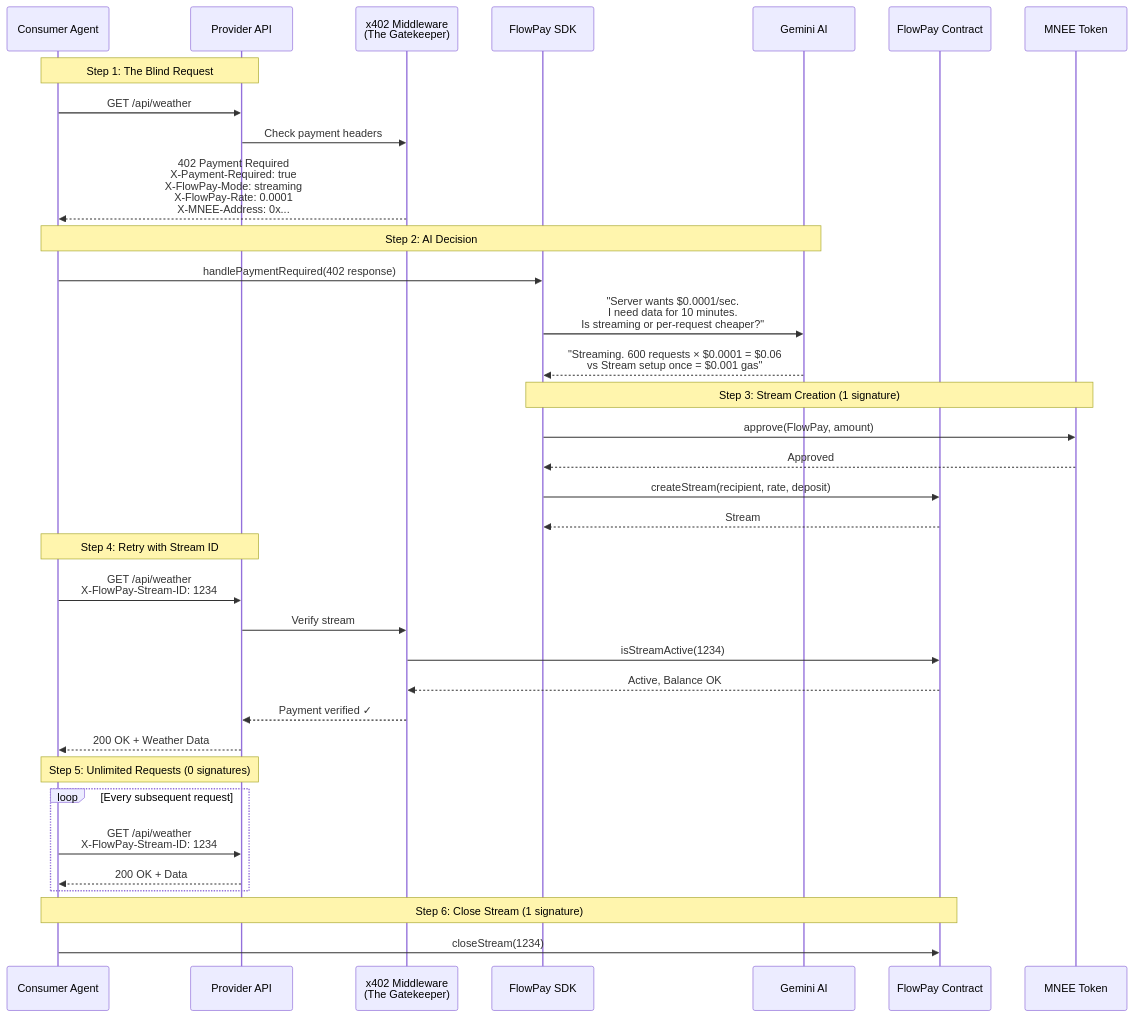
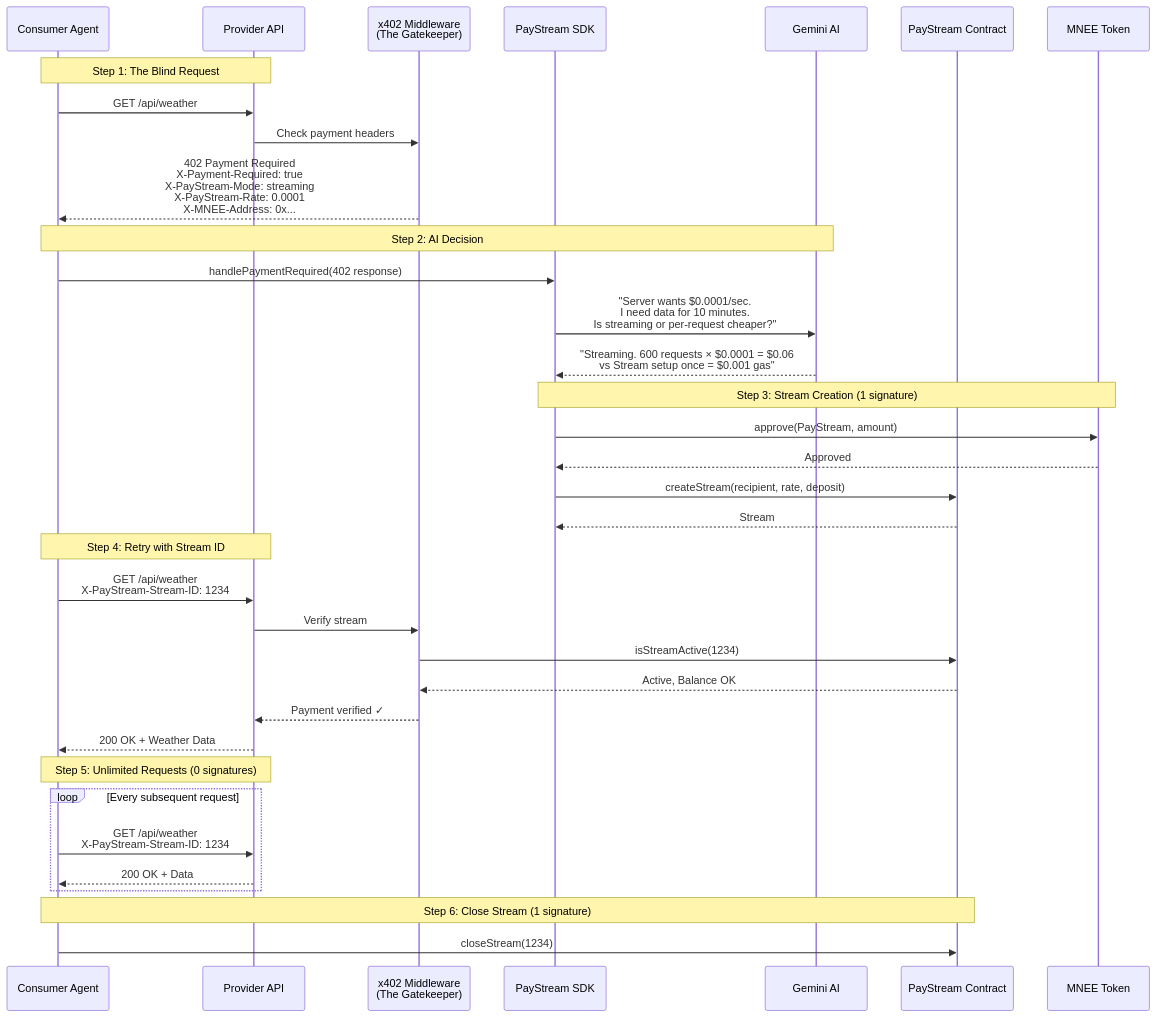
Before and after one commit to ola-893/paystream: the second of 2 diagrams in .kiro/specs/mnee-ai-agent-payments/design.md, drawn with Mermaid. The commit also changed other lines of this file and 113 other files, not shown here.

````diff
--- a/.kiro/specs/mnee-ai-agent-payments/design.md
+++ b/.kiro/specs/mnee-ai-agent-payments/design.md
@@ -80,43 +80,43 @@
 ```mermaid
 sequenceDiagram
     participant Client as Consumer Agent
     participant Server as Provider API
     participant MW as x402 Middleware<br/>(The Gatekeeper)
-    participant SDK as FlowPay SDK
+    participant SDK as PayStream SDK
     participant Gemini as Gemini AI
-    participant Contract as FlowPay Contract
+    participant Contract as PayStream Contract
     participant MNEE as MNEE Token
 
     Note over Client,Server: Step 1: The Blind Request
     Client->>Server: GET /api/weather
     Server->>MW: Check payment headers
-    MW-->>Client: 402 Payment Required<br/>X-Payment-Required: true<br/>X-FlowPay-Mode: streaming<br/>X-FlowPay-Rate: 0.0001<br/>X-MNEE-Address: 0x...
+    MW-->>Client: 402 Payment Required<br/>X-Payment-Required: true<br/>X-PayStream-Mode: streaming<br/>X-PayStream-Rate: 0.0001<br/>X-MNEE-Address: 0x...
     
     Note over Client,Gemini: Step 2: AI Decision
     Client->>SDK: handlePaymentRequired(402 response)
     SDK->>Gemini: "Server wants $0.0001/sec.<br/>I need data for 10 minutes.<br/>Is streaming or per-request cheaper?"
     Gemini-->>SDK: "Streaming. 600 requests × $0.0001 = $0.06<br/>vs Stream setup once = $0.001 gas"
     
     Note over SDK,MNEE: Step 3: Stream Creation (1 signature)
-    SDK->>MNEE: approve(FlowPay, amount)
+    SDK->>MNEE: approve(PayStream, amount)
     MNEE-->>SDK: Approved
     SDK->>Contract: createStream(recipient, rate, deposit)
     Contract-->>SDK: Stream #1234 created
     
     Note over Client,Server: Step 4: Retry with Stream ID
-    Client->>Server: GET /api/weather<br/>X-FlowPay-Stream-ID: 1234
+    Client->>Server: GET /api/weather<br/>X-PayStream-Stream-ID: 1234
     Server->>MW: Verify stream
     MW->>Contract: isStreamActive(1234)
     Contract-->>MW: Active, Balance OK
     MW-->>Server: Payment verified ✓
     Server-->>Client: 200 OK + Weather Data
     
     Note over Client,Server: Step 5: Unlimited Requests (0 signatures)
     loop Every subsequent request
-        Client->>Server: GET /api/weather<br/>X-FlowPay-Stream-ID: 1234
+        Client->>Server: GET /api/weather<br/>X-PayStream-Stream-ID: 1234
         Server-->>Client: 200 OK + Data
     end
     
     Note over Client,Contract: Step 6: Close Stream (1 signature)
     Client->>Contract: closeStream(1234)
 ```
````
